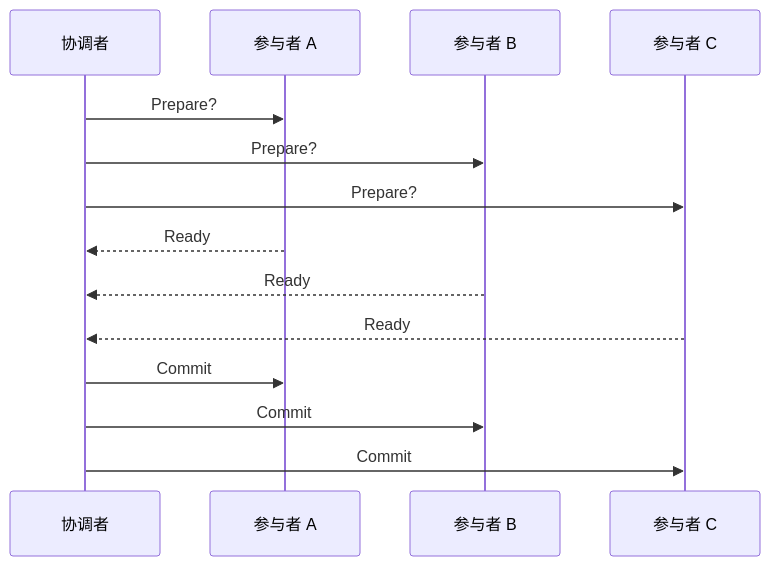
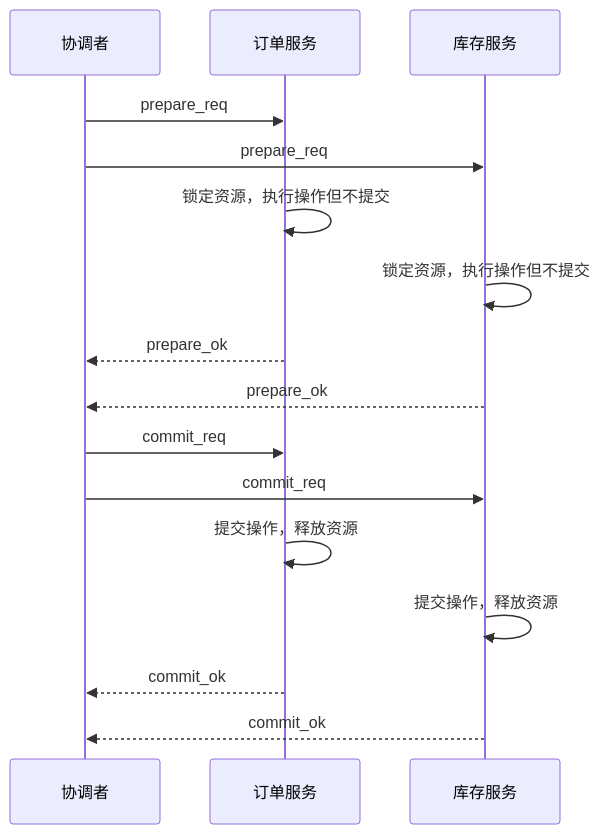
One commit to crashingby/homepage changed diagram 28 of 40 in src/content/blog/Software-Construction/Chap09.md. Above: the diagram before and after it, drawn with Mermaid. The commit also changed other lines of this file and 6 other files, not shown here.

````diff
--- a/src/content/blog/Software-Construction/Chap09.md
+++ b/src/content/blog/Software-Construction/Chap09.md
@@ -761,17 +952,19 @@
 ```mermaid
 sequenceDiagram
   participant C as 协调者
-  participant A as 参与者 A
-  participant B as 参与者 B
-  participant D as 参与者 C
+  participant A as 订单服务
+  participant B as 库存服务
 
-  C->>A: Prepare?
-  C->>B: Prepare?
-  C->>D: Prepare?
-  A-->>C: Ready
-  B-->>C: Ready
-  D-->>C: Ready
-  C->>A: Commit
-  C->>B: Commit
-  C->>D: Commit
+  C->>A: prepare_req
+  C->>B: prepare_req
+  A->>A: 锁定资源，执行操作但不提交
+  B->>B: 锁定资源，执行操作但不提交
+  A-->>C: prepare_ok
+  B-->>C: prepare_ok
+  C->>A: commit_req
+  C->>B: commit_req
+  A->>A: 提交操作，释放资源
+  B->>B: 提交操作，释放资源
+  A-->>C: commit_ok
+  B-->>C: commit_ok
 ```
````
